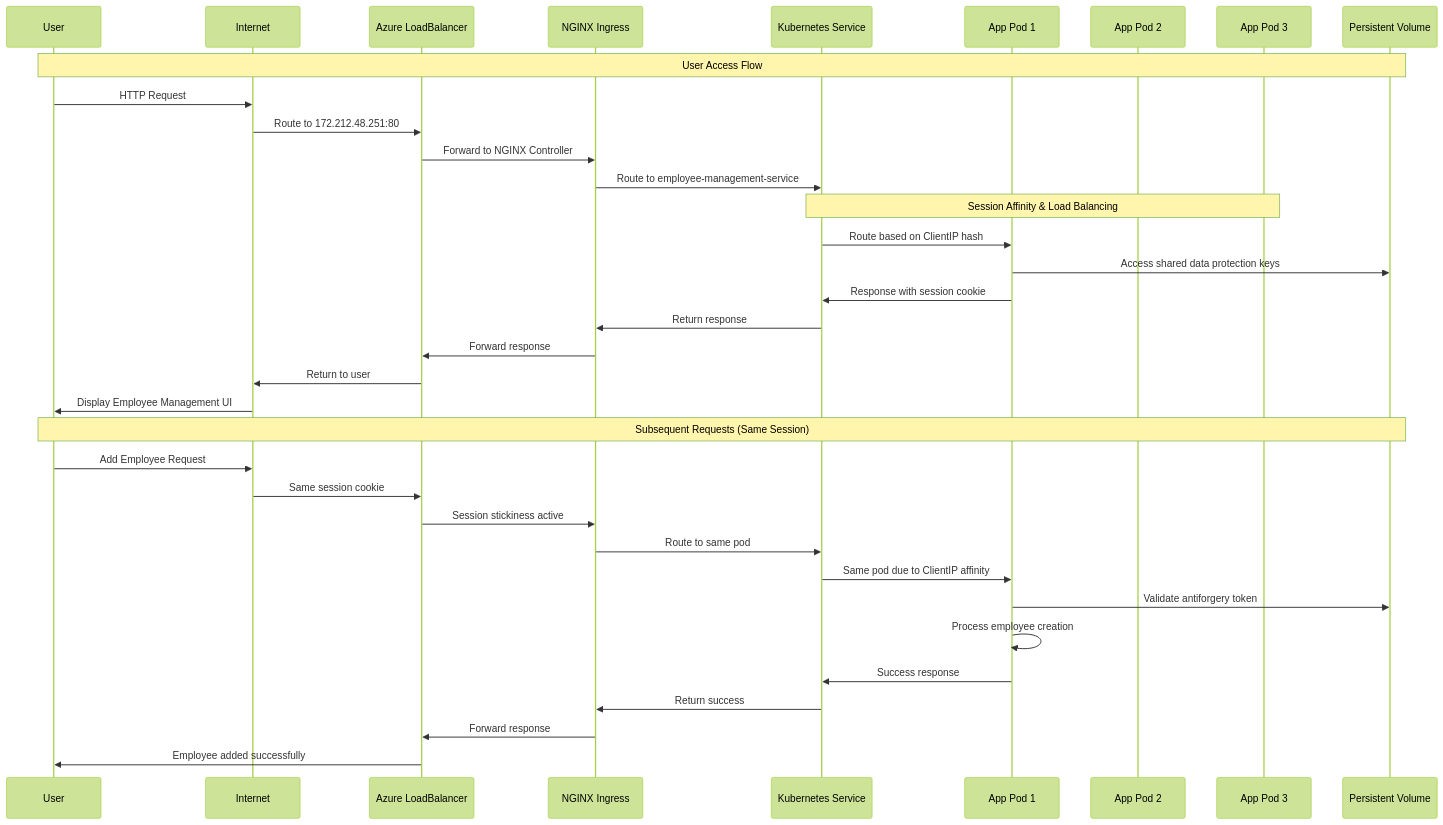
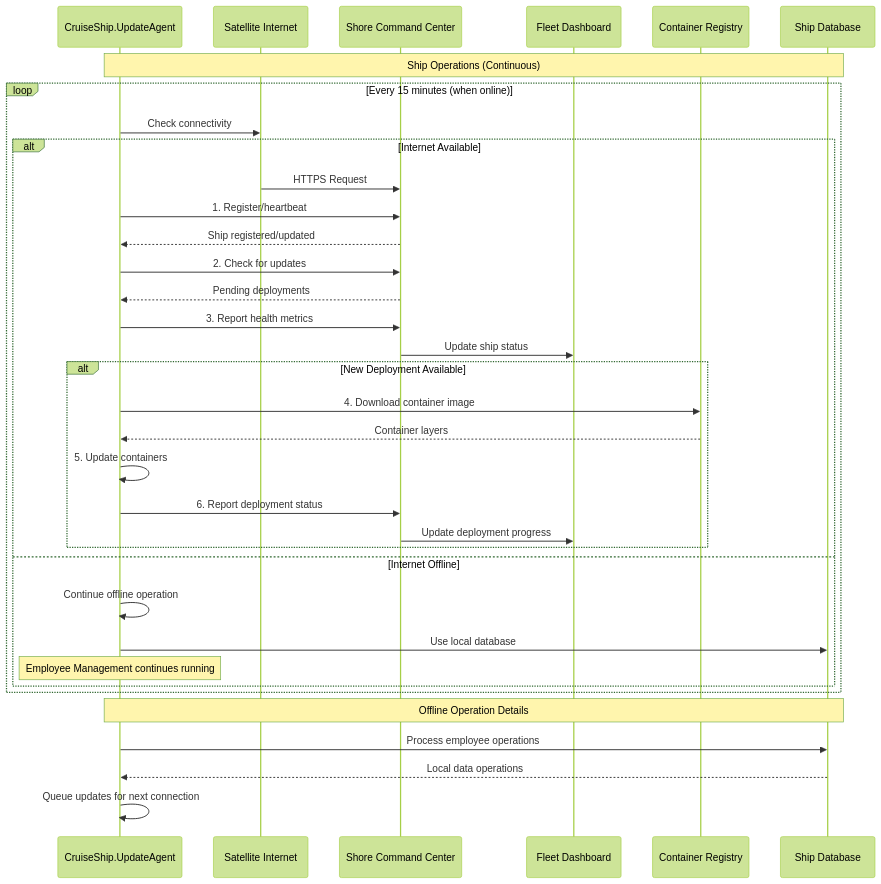
One commit to ralphmx1988/EmployeeManagement changed the third of 20 diagrams in ARCHITECTURE.md. Above: the diagram before and after it, drawn with Mermaid (forest theme). The commit also changed other lines of this file and 70 other files, not shown here.

````diff
--- a/ARCHITECTURE.md
+++ b/ARCHITECTURE.md
@@ -86,40 +209,44 @@
 ```mermaid
 sequenceDiagram
-    participant User
-    participant Internet
-    participant Azure_LB as Azure LoadBalancer
-    participant NGINX as NGINX Ingress
-    participant K8s_Service as Kubernetes Service
-    participant Pod1 as App Pod 1
-    participant Pod2 as App Pod 2
-    participant Pod3 as App Pod 3
-    participant Storage as Persistent Volume
+    participant Ship as CruiseShip.UpdateAgent
+    participant Internet as Satellite Internet
+    participant Shore as Shore Command Center
+    participant Dashboard as Fleet Dashboard
+    participant Registry as Container Registry
+    participant LocalDB as Ship Database
     
-    Note over User,Storage: User Access Flow
-    User->>Internet: HTTP Request
-    Internet->>Azure_LB: Route to 172.212.48.251:80
-    Azure_LB->>NGINX: Forward to NGINX Controller
-    NGINX->>K8s_Service: Route to employee-management-service
+    Note over Ship,LocalDB: Ship Operations (Continuous)
     
-    Note over K8s_Service,Pod3: Session Affinity & Load Balancing
-    K8s_Service->>Pod1: Route based on ClientIP hash
-    Pod1->>Storage: Access shared data protection keys
-    Pod1->>K8s_Service: Response with session cookie
-    K8s_Service->>NGINX: Return response
-    NGINX->>Azure_LB: Forward response
-    Azure_LB->>Internet: Return to user
-    Internet->>User: Display Employee Management UI
+    loop Every 15 minutes (when online)
+        Ship->>Internet: Check connectivity
+        alt Internet Available
+            Internet->>Shore: HTTPS Request
+            Ship->>Shore: 1. Register/heartbeat
+            Shore-->>Ship: Ship registered/updated
+            
+            Ship->>Shore: 2. Check for updates
+            Shore-->>Ship: Pending deployments
+            
+            Ship->>Shore: 3. Report health metrics
+            Shore->>Dashboard: Update ship status
+            
+            alt New Deployment Available
+                Ship->>Registry: 4. Download container image
+                Registry-->>Ship: Container layers
+                Ship->>Ship: 5. Update containers
+                Ship->>Shore: 6. Report deployment status
+                Shore->>Dashboard: Update deployment progress
+            end
+            
+        else Internet Offline
+            Ship->>Ship: Continue offline operation
+            Ship->>LocalDB: Use local database
+            Note over Ship: Employee Management continues running
+        end
+    end
     
-    Note over User,Storage: Subsequent Requests (Same Session)
-    User->>Internet: Add Employee Request
-    Internet->>Azure_LB: Same session cookie
-    Azure_LB->>NGINX: Session stickiness active
-    NGINX->>K8s_Service: Route to same pod
-    K8s_Service->>Pod1: Same pod due to ClientIP affinity
-    Pod1->>Storage: Validate antiforgery token
-    Pod1->>Pod1: Process employee creation
-    Pod1->>K8s_Service: Success response
-    K8s_Service->>NGINX: Return success
-    NGINX->>Azure_LB: Forward response
-    Azure_LB->>User: Employee added successfully
+    Note over Ship,LocalDB: Offline Operation Details
+    Ship->>LocalDB: Process employee operations
+    LocalDB-->>Ship: Local data operations
+    Ship->>Ship: Queue updates for next connection
 ```
````
